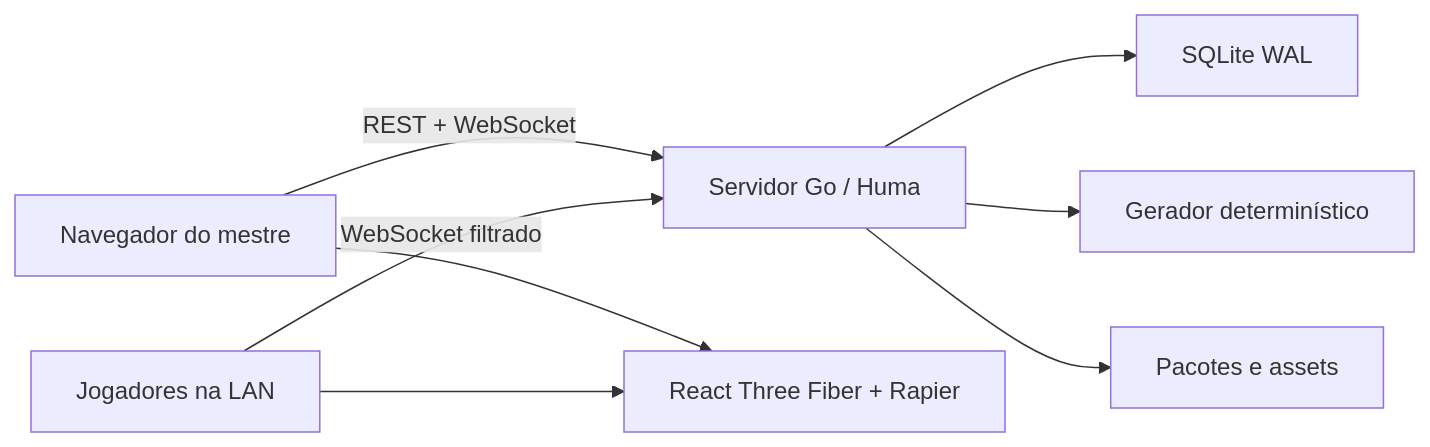
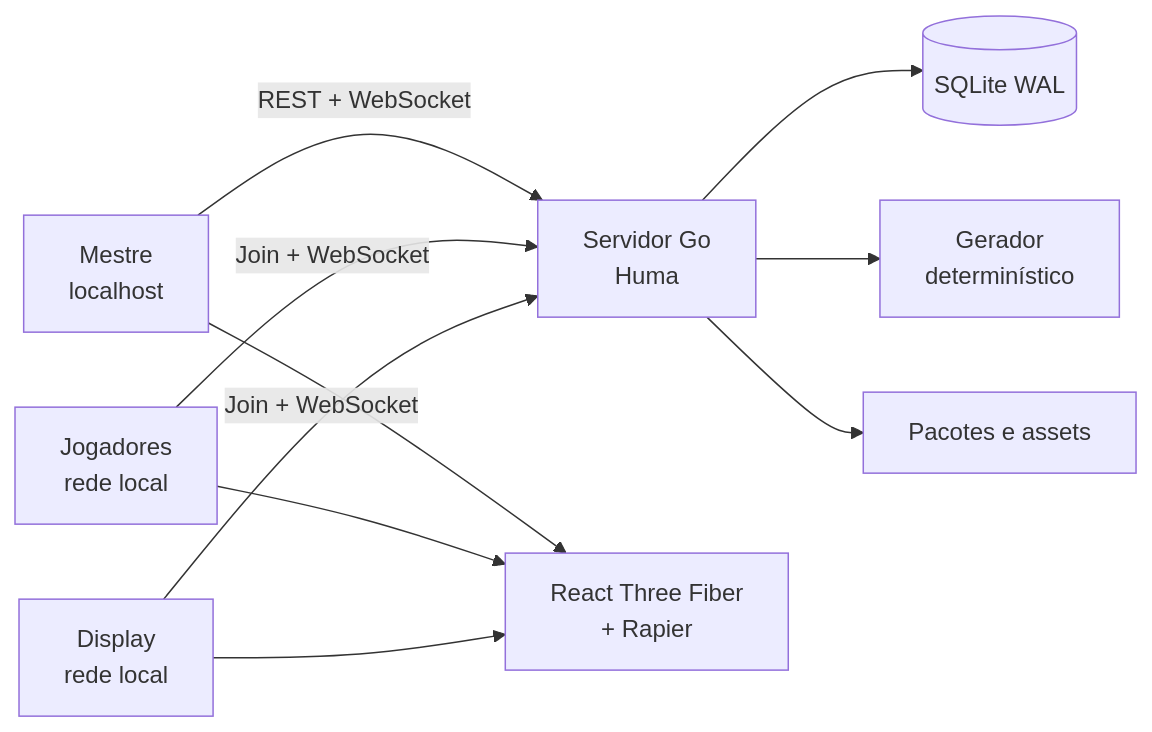
The diagram in README.md (EmanuelSena101/DDivination), drawn with Mermaid before and after one commit. The commit also changed other lines of this file and 3 other files, not shown here.

````diff
--- a/README.md
+++ b/README.md
@@ -31,10 +285,12 @@
 ```mermaid
 flowchart LR
-  GM["Navegador do mestre"] -->|REST + WebSocket| Go["Servidor Go / Huma"]
-  P["Jogadores na LAN"] -->|WebSocket filtrado| Go
-  Go --> SQLite["SQLite WAL"]
-  Go --> Gen["Gerador determinístico"]
-  Go --> Pack["Pacotes e assets"]
-  GM --> Scene["React Three Fiber + Rapier"]
-  P --> Scene
+  GM["Mestre<br/>localhost"] -->|REST + WebSocket| Go["Servidor Go<br/>Huma"]
+  Player["Jogadores<br/>rede local"] -->|Join + WebSocket| Go
+  Display["Display<br/>rede local"] -->|Join + WebSocket| Go
+  Go --> DB[("SQLite WAL")]
+  Go --> Generator["Gerador<br/>determinístico"]
+  Go --> Packages["Pacotes e assets"]
+  GM --> Scene["React Three Fiber<br/>+ Rapier"]
+  Player --> Scene
+  Display --> Scene
 ```
````
